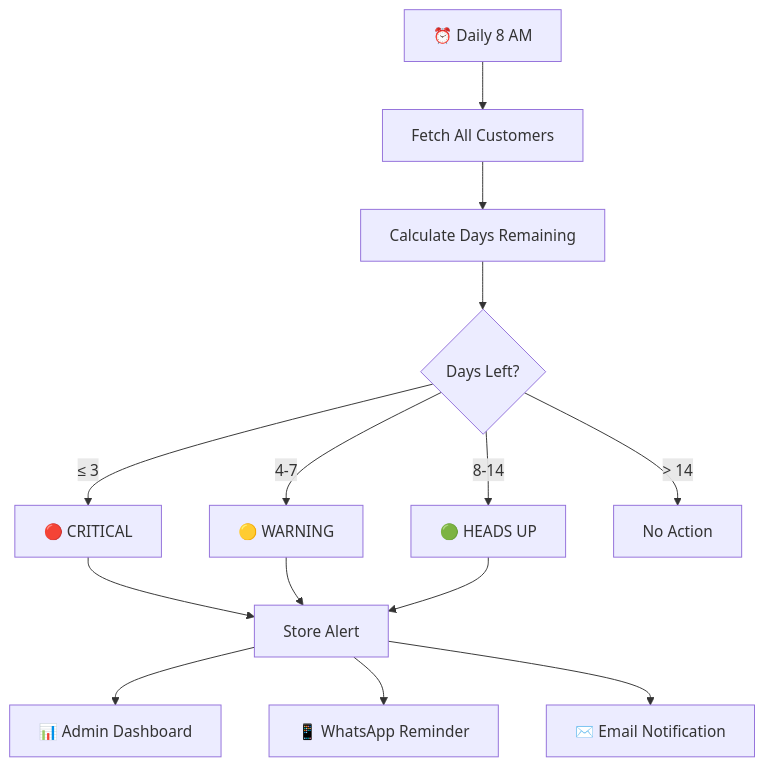
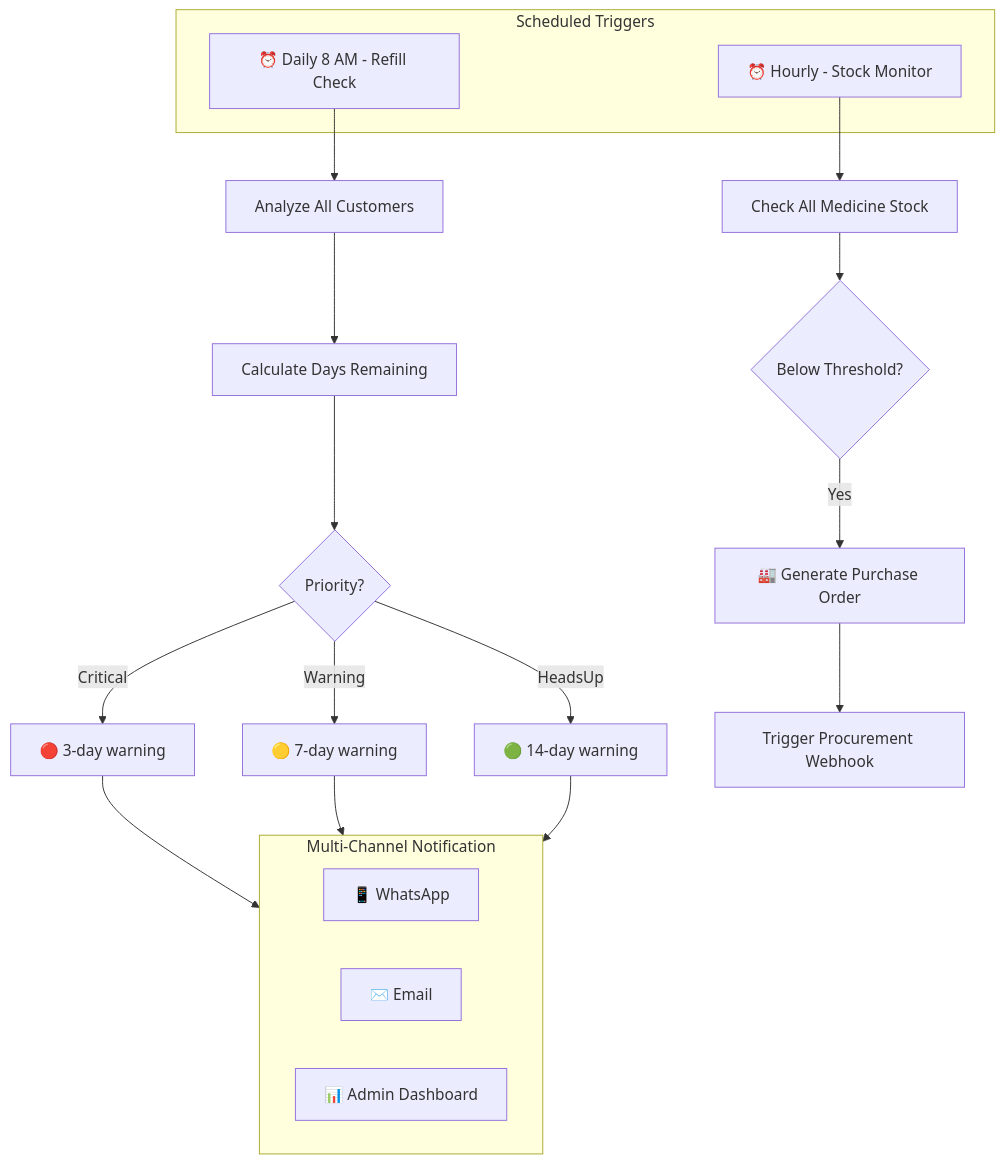
One commit to kartik-shirale/hackfusion-3 changed the eighth of 14 diagrams in README.md. Above: the diagram before and after it, drawn with Mermaid. The commit also changed other lines of this file, not shown here.

````diff
--- a/README.md
+++ b/README.md
@@ -290,16 +340,28 @@
 ```mermaid
 flowchart TB
-    Cron[⏰ Daily 8 AM] --> Fetch[Fetch All Customers]
-    Fetch --> Calc[Calculate Days Remaining]
+    subgraph Triggers["Scheduled Triggers"]
+        Cron1[⏰ Daily 8 AM - Refill Check]
+        Cron2[⏰ Hourly - Stock Monitor]
+    end
     
-    Calc --> Check{Days Left?}
-    Check -->|≤ 3| Critical[🔴 CRITICAL]
-    Check -->|4-7| Warning[🟡 WARNING]
-    Check -->|8-14| HeadsUp[🟢 HEADS UP]
-    Check -->|> 14| OK[No Action]
+    Cron1 --> RefillCheck[Analyze All Customers]
+    RefillCheck --> Calc[Calculate Days Remaining]
     
-    Critical & Warning & HeadsUp --> Store[Store Alert]
-    Store --> Admin[📊 Admin Dashboard]
-    Store --> WA[📱 WhatsApp Reminder]
-    Store --> Email[✉️ Email Notification]
+    Calc --> Priority{Priority?}
+    Priority -->|Critical| Alert1[🔴 3-day warning]
+    Priority -->|Warning| Alert2[🟡 7-day warning]
+    Priority -->|HeadsUp| Alert3[🟢 14-day warning]
+    
+    Alert1 & Alert2 & Alert3 --> Notify
+    
+    subgraph Notify["Multi-Channel Notification"]
+        WA[📱 WhatsApp]
+        EM[✉️ Email]
+        DASH[📊 Admin Dashboard]
+    end
+    
+    Cron2 --> StockCheck[Check All Medicine Stock]
+    StockCheck --> Low{Below Threshold?}
+    Low -->|Yes| AutoProcure[🏭 Generate Purchase Order]
+    AutoProcure --> Webhook[Trigger Procurement Webhook]
 ```
````
